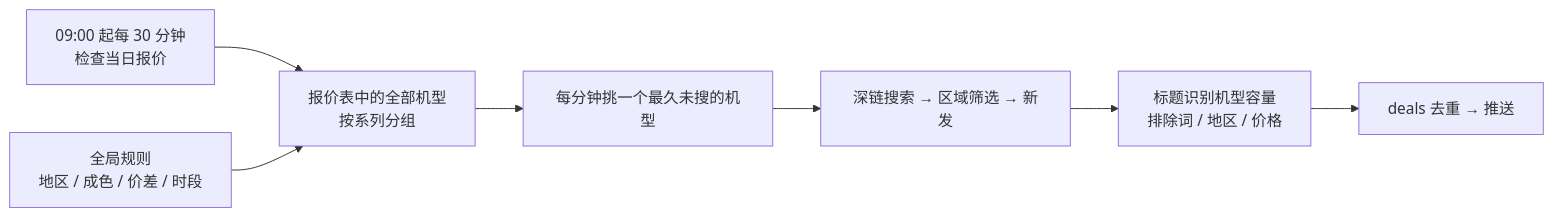
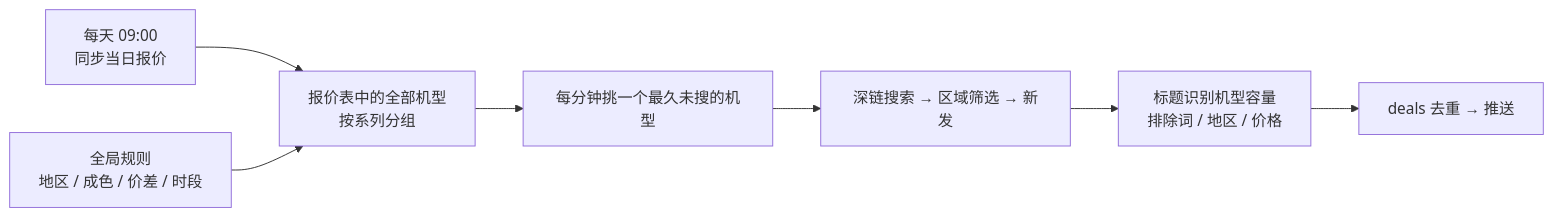
Before and after one commit to iam573/ai-goofish-monitor: the second of 2 diagrams in app-monitor/docs/technical-design.md, drawn with Mermaid. The commit also changed other lines of this file and 20 other files, not shown here.

````diff
--- a/app-monitor/docs/technical-design.md
+++ b/app-monitor/docs/technical-design.md
@@ -214,9 +220,9 @@
 ```mermaid
 flowchart LR
-    Q[09:00 起每 30 分钟<br/>检查当日报价] --> T[报价表中的全部机型<br/>按系列分组]
+    Q[每天 09:00<br/>同步当日报价] --> T[报价表中的全部机型<br/>按系列分组]
     R[全局规则<br/>地区 / 成色 / 价差 / 时段] --> T
     T --> S[每分钟挑一个最久未搜的机型]
     S --> A[深链搜索 → 区域筛选 → 新发]
     A --> M[标题识别机型容量<br/>排除词 / 地区 / 价格]
     M --> D[deals 去重 → 推送]
 ```
````
